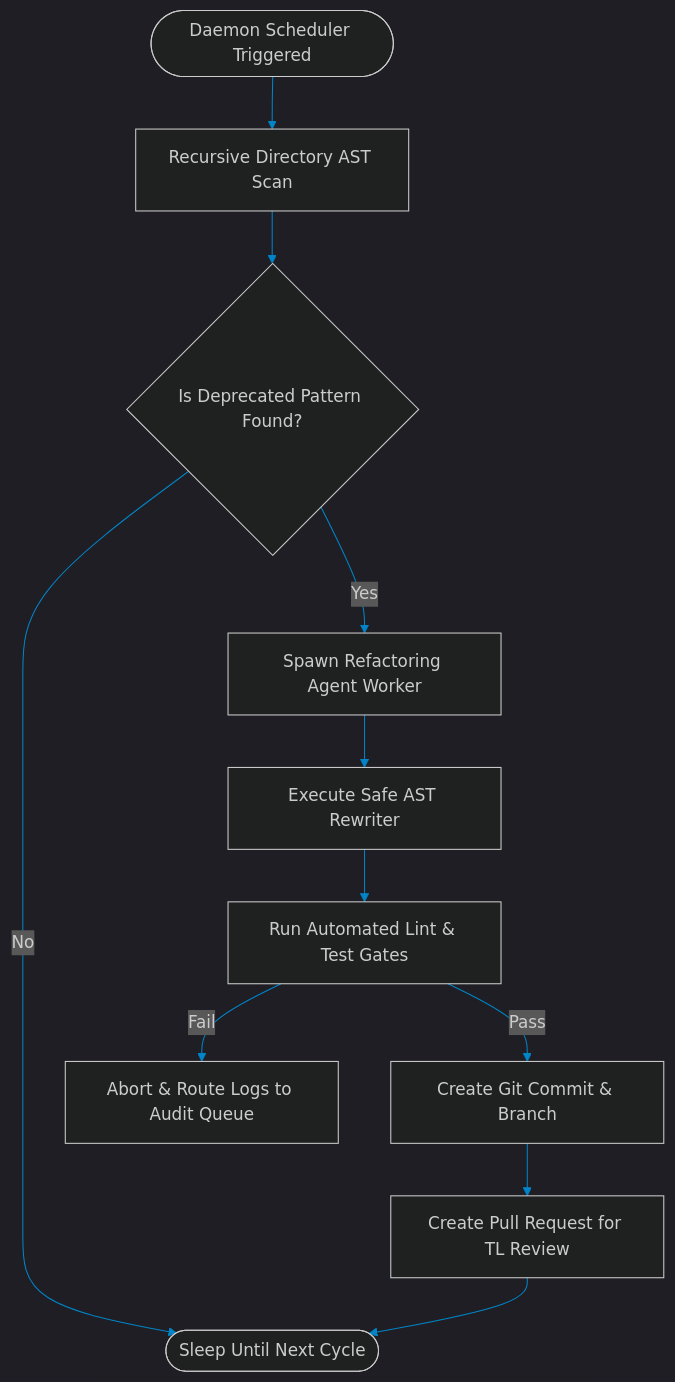
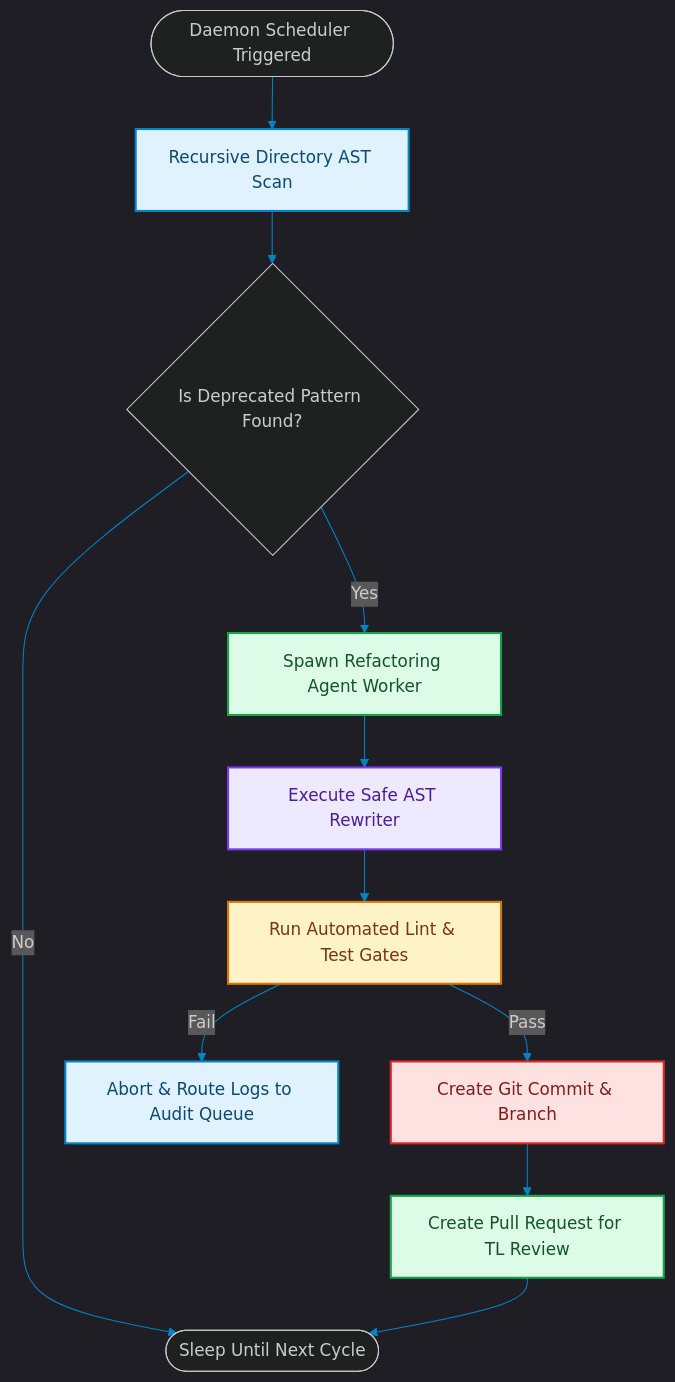
Before and after one commit to akmalkhaniub/akmalkhaniub.github.io: the diagram in blog/posts/codebase-daemon-agents-continuous-refactoring.md, drawn with Mermaid. The commit also changed other lines of this file and 1291 other files, not shown here.

First line of the commit message:
feat(catalog): unique covers, scholarly references, and diagram palettes

````diff
--- a/blog/posts/codebase-daemon-agents-continuous-refactoring.md
+++ b/blog/posts/codebase-daemon-agents-continuous-refactoring.md
@@ -15,17 +15,28 @@
 ```mermaid
 %%{init: {'theme': 'dark', 'themeVariables': { 'primaryColor': '#0284c7', 'primaryTextColor': '#f3f4f6', 'primaryBorderColor': '#38bdf8', 'lineColor': '#0284c7', 'secondaryColor': '#111827', 'tertiaryColor': '#0b0f19'}}}%%
 flowchart TD
-    Start([Daemon Scheduler Triggered]) --> Scan[Recursive Directory AST Scan]
+    Start([Daemon Scheduler Triggered]) --> Scan["Recursive Directory AST Scan"]
     Scan --> Match{Is Deprecated Pattern Found?}
     
     Match -->|No| End([Sleep Until Next Cycle])
-    Match -->|Yes| Refactor[Spawn Refactoring Agent Worker]
+    Match -->|Yes| Refactor["Spawn Refactoring Agent Worker"]
     
-    Refactor --> Write[Execute Safe AST Rewriter]
-    Write --> Verify[Run Automated Lint & Test Gates]
-    Verify -->|Pass| Commit[Create Git Commit & Branch]
-    Verify -->|Fail| Log[Abort & Route Logs to Audit Queue]
+    Refactor --> Write["Execute Safe AST Rewriter"]
+    Write --> Verify["Run Automated Lint & Test Gates"]
+    Verify -->|Pass| Commit["Create Git Commit & Branch"]
+    Verify -->|Fail| Log["Abort & Route Logs to Audit Queue"]
     
-    Commit --> PR[Create Pull Request for TL Review]
+    Commit --> PR["Create Pull Request for TL Review"]
     PR --> End
+
+classDef green fill:#dcfce7,stroke:#16a34a,stroke-width:2px,color:#14532d;
+classDef red fill:#fee2e2,stroke:#dc2626,stroke-width:2px,color:#7f1d1d;
+classDef blue fill:#e0f2fe,stroke:#0284c7,stroke-width:2px,color:#0c4a6e;
+classDef yellow fill:#fef3c7,stroke:#d97706,stroke-width:2px,color:#78350f;
+classDef purple fill:#ede9fe,stroke:#7c3aed,stroke-width:2px,color:#4c1d95;
+class Scan,Log blue
+class Refactor,PR green
+class Write purple
+class Verify yellow
+class Commit red
 ```
````
